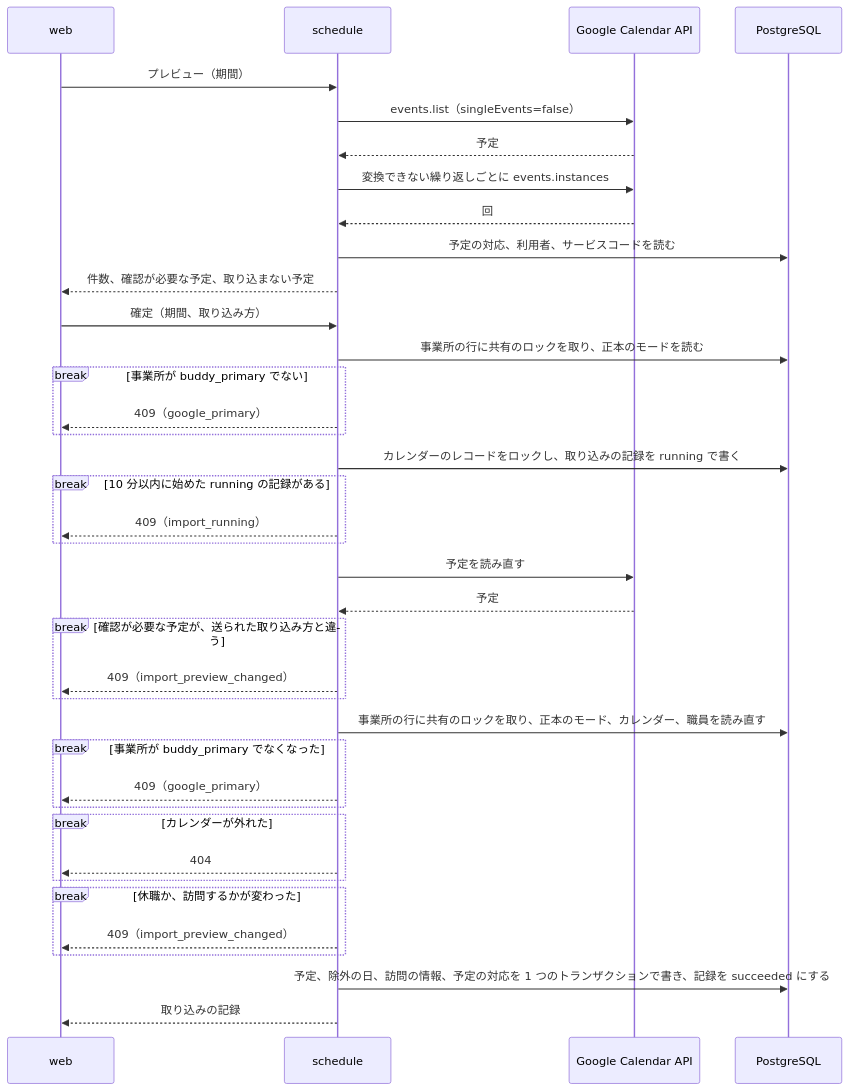
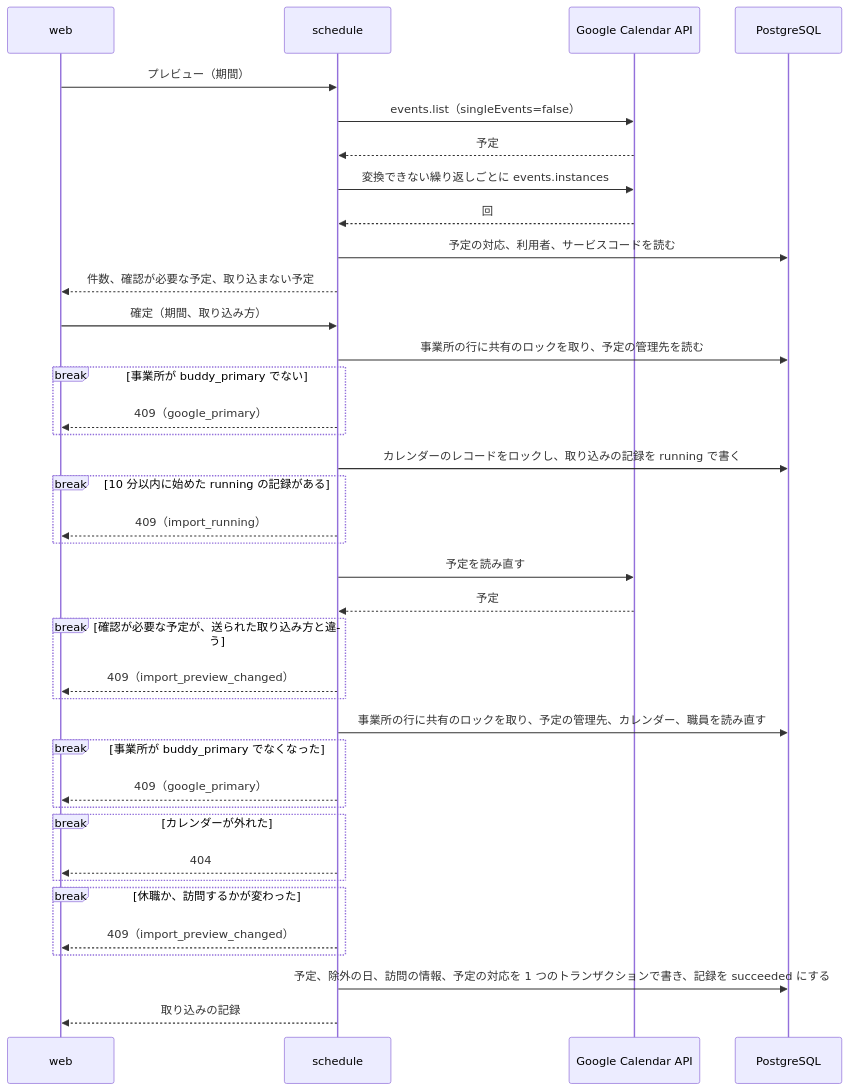
Before and after one commit to Fukuemon/buddy: the first of 8 diagrams in services/schedule/internal/features/calendar/DesignDoc.md, drawn with Mermaid. The commit also changed other lines of this file and 39 other files, not shown here.

````diff
--- a/services/schedule/internal/features/calendar/DesignDoc.md
+++ b/services/schedule/internal/features/calendar/DesignDoc.md
@@ -153,40 +153,40 @@
 ```mermaid
 sequenceDiagram
   participant web
   participant api as schedule
   participant g as Google Calendar API
   participant db as PostgreSQL
   web->>api: プレビュー（期間）
   api->>g: events.list（singleEvents=false）
   g-->>api: 予定
   api->>g: 変換できない繰り返しごとに events.instances
   g-->>api: 回
   api->>db: 予定の対応、利用者、サービスコードを読む
   api-->>web: 件数、確認が必要な予定、取り込まない予定
   web->>api: 確定（期間、取り込み方）
-  api->>db: 事業所の行に共有のロックを取り、正本のモードを読む
+  api->>db: 事業所の行に共有のロックを取り、予定の管理先を読む
   break 事業所が buddy_primary でない
     api-->>web: 409（google_primary）
   end
   api->>db: カレンダーのレコードをロックし、取り込みの記録を running で書く
   break 10 分以内に始めた running の記録がある
     api-->>web: 409（import_running）
   end
   api->>g: 予定を読み直す
   g-->>api: 予定
   break 確認が必要な予定が、送られた取り込み方と違う
     api-->>web: 409（import_preview_changed）
   end
-  api->>db: 事業所の行に共有のロックを取り、正本のモード、カレンダー、職員を読み直す
+  api->>db: 事業所の行に共有のロックを取り、予定の管理先、カレンダー、職員を読み直す
   break 事業所が buddy_primary でなくなった
     api-->>web: 409（google_primary）
   end
   break カレンダーが外れた
     api-->>web: 404
   end
   break 休職か、訪問するかが変わった
     api-->>web: 409（import_preview_changed）
   end
   api->>db: 予定、除外の日、訪問の情報、予定の対応を 1 つのトランザクションで書き、記録を succeeded にする
   api-->>web: 取り込みの記録
 ```
````
